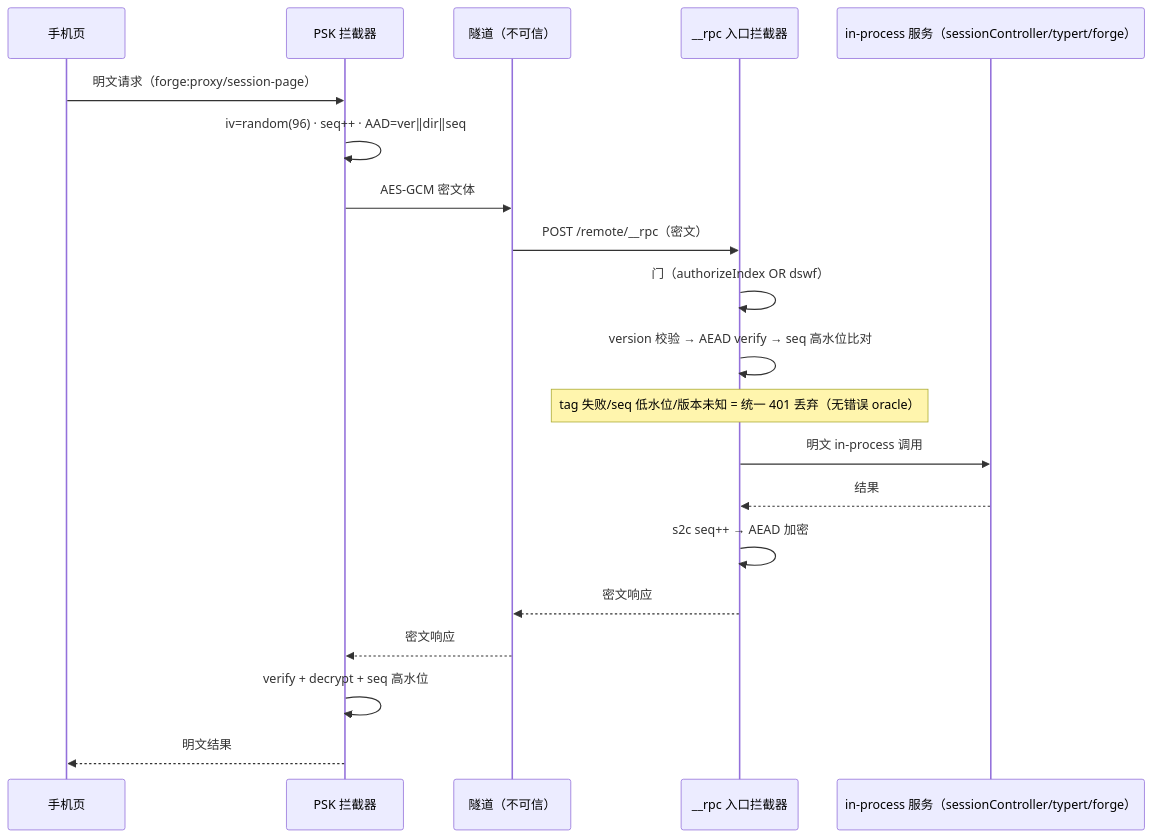
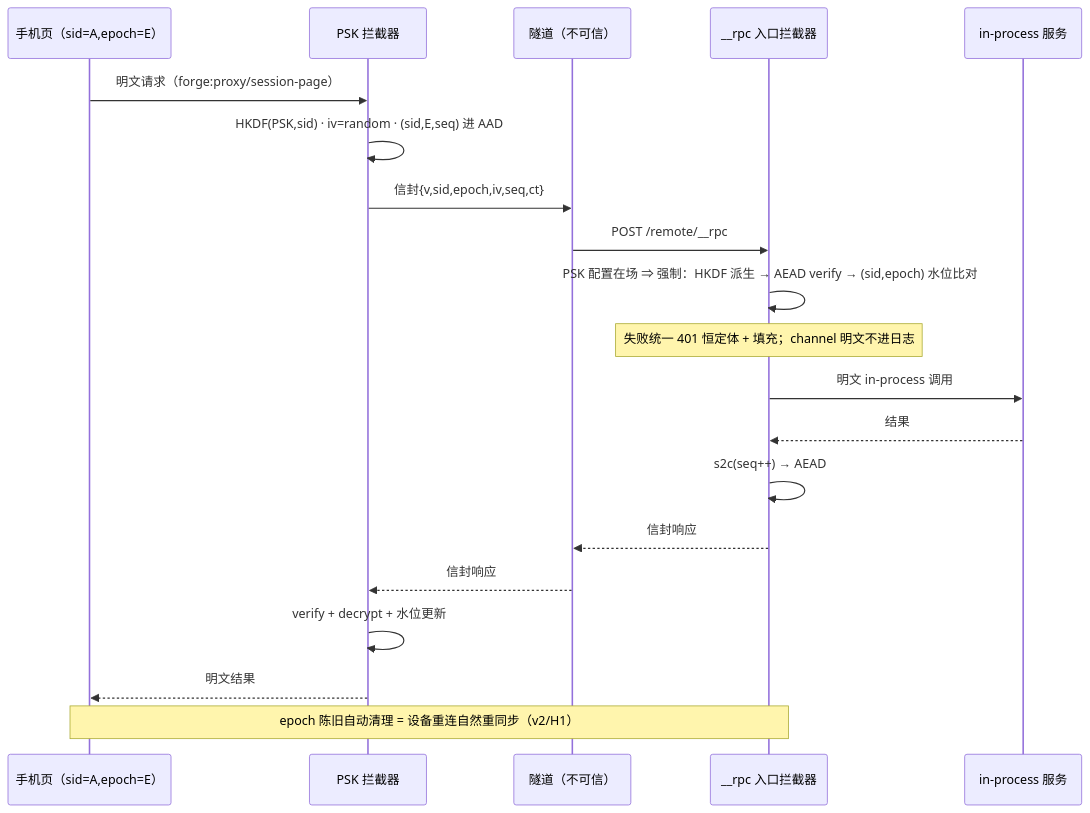
One commit to bigfaner/dsh-forge changed the fourth of 4 diagrams in .forge/docs/features/mobile-ui/design/tunnel-psk.md. Above: the diagram before and after it, drawn with Mermaid. The commit also changed other lines of this file, not shown here.

First line of the commit message:
docs(mobile-ui): tunnel-psk v2 - red-team review convergence

````diff
--- a/.forge/docs/features/mobile-ui/design/tunnel-psk.md
+++ b/.forge/docs/features/mobile-ui/design/tunnel-psk.md
@@ -106,23 +118,22 @@
 ```mermaid
 sequenceDiagram
-    participant P as 手机页
+    participant P as 手机页（sid=A,epoch=E）
     participant I as PSK 拦截器
     participant T as 隧道（不可信）
     participant G as __rpc 入口拦截器
-    participant S as in-process 服务（sessionController/typert/forge）
-
+    participant S as in-process 服务
     P->>I: 明文请求（forge:proxy/session-page）
-    I->>I: iv=random(96) · seq++ · AAD=ver‖dir‖seq
-    I->>T: AES-GCM 密文体
-    T->>G: POST /remote/__rpc（密文）
-    G->>G: 门（authorizeIndex OR dswf）
-    G->>G: version 校验 → AEAD verify → seq 高水位比对
-    Note over G: tag 失败/seq 低水位/版本未知 = 统一 401 丢弃（无错误 oracle）
+    I->>I: HKDF(PSK,sid) · iv=random · (sid,E,seq) 进 AAD
+    I->>T: 信封{v,sid,epoch,iv,seq,ct}
+    T->>G: POST /remote/__rpc
+    G->>G: PSK 配置在场 ⇒ 强制：HKDF 派生 → AEAD verify → (sid,epoch) 水位比对
+    Note over G: 失败统一 401 恒定体 + 填充；channel 明文不进日志
     G->>S: 明文 in-process 调用
     S-->>G: 结果
-    G->>G: s2c seq++ → AEAD 加密
-    G-->>T: 密文响应
-    T-->>I: 密文响应
-    I->>I: verify + decrypt + seq 高水位
+    G->>G: s2c(seq++) → AEAD
+    G-->>T: 信封响应
+    T-->>I: 信封响应
+    I->>I: verify + decrypt + 水位更新
     I-->>P: 明文结果
+    Note over P,G: epoch 陈旧自动清理 = 设备重连自然重同步（v2/H1）
 ```
````
